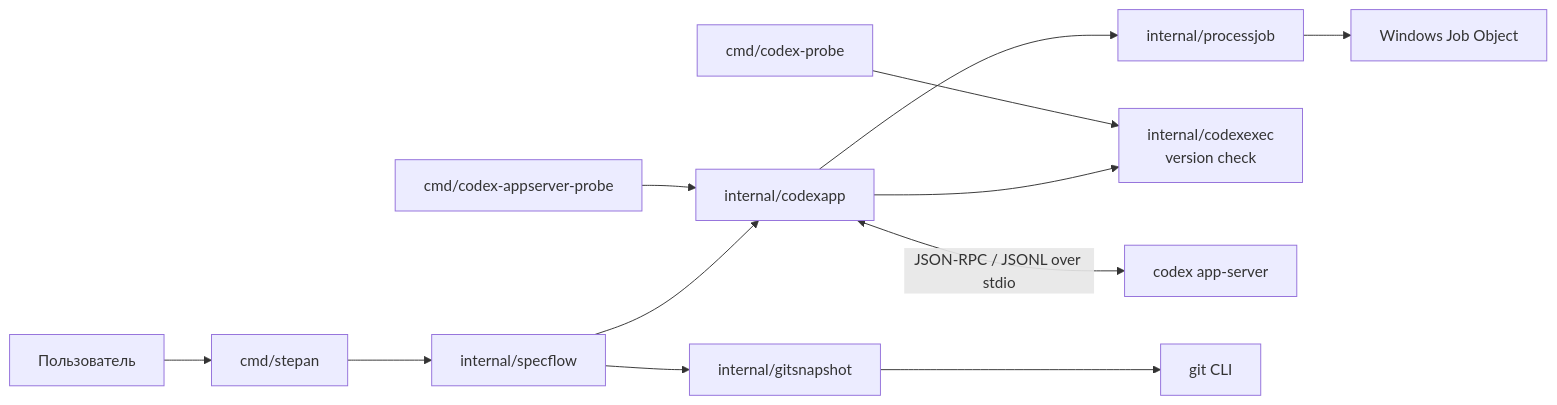
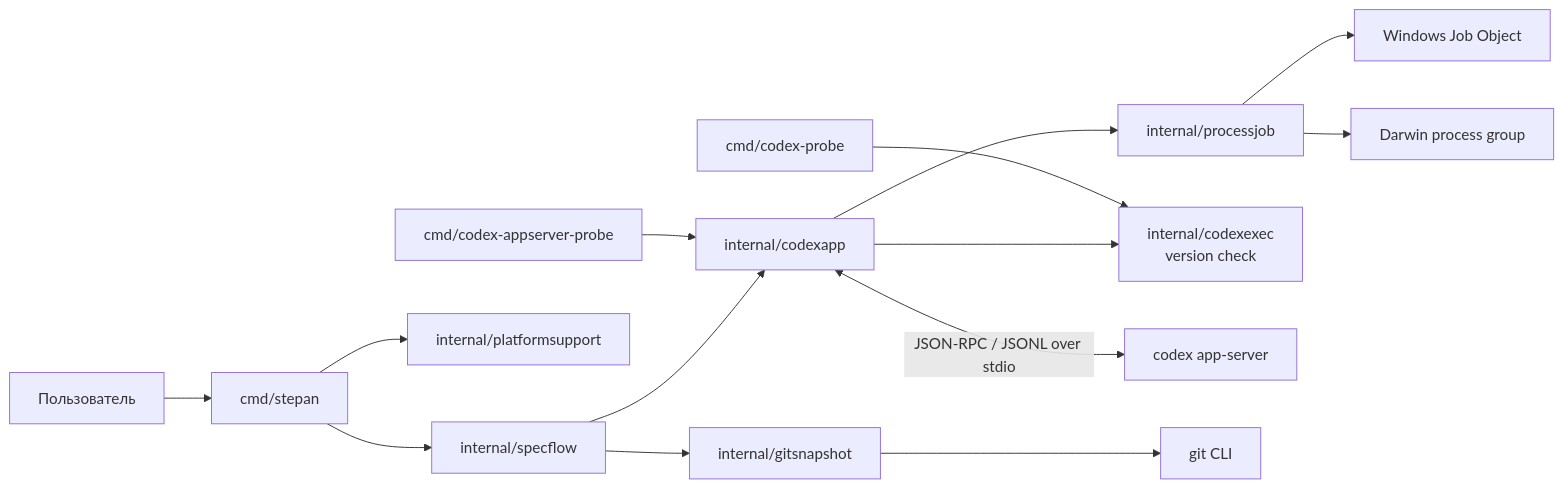
One commit to AndrMoiseev/stepan changed the first of 2 diagrams in docs/adr/0002-current-stack-and-architecture.md. Above: the diagram before and after it, drawn with Mermaid. The commit also changed other lines of this file and 6 other files, not shown here.

Commit message:
Document macOS process containment

````diff
--- a/docs/adr/0002-current-stack-and-architecture.md
+++ b/docs/adr/0002-current-stack-and-architecture.md
@@ -39,15 +41,17 @@
 ```mermaid
 flowchart LR
     User[Пользователь] --> CLI[cmd/stepan]
     CLI --> Flow[internal/specflow]
     Flow --> App[internal/codexapp]
     Flow --> Git[internal/gitsnapshot]
     App --> Job[internal/processjob]
+    CLI --> Platform[internal/platformsupport]
     App --> Legacy[internal/codexexec\nversion check]
     App <-->|JSON-RPC / JSONL over stdio| Codex[codex app-server]
     Git --> GitCLI[git CLI]
     Job --> Win[Windows Job Object]
+    Job --> Mac[Darwin process group]
 
     Probe1[cmd/codex-appserver-probe] --> App
     Probe2[cmd/codex-probe] --> Legacy
 ```
````
